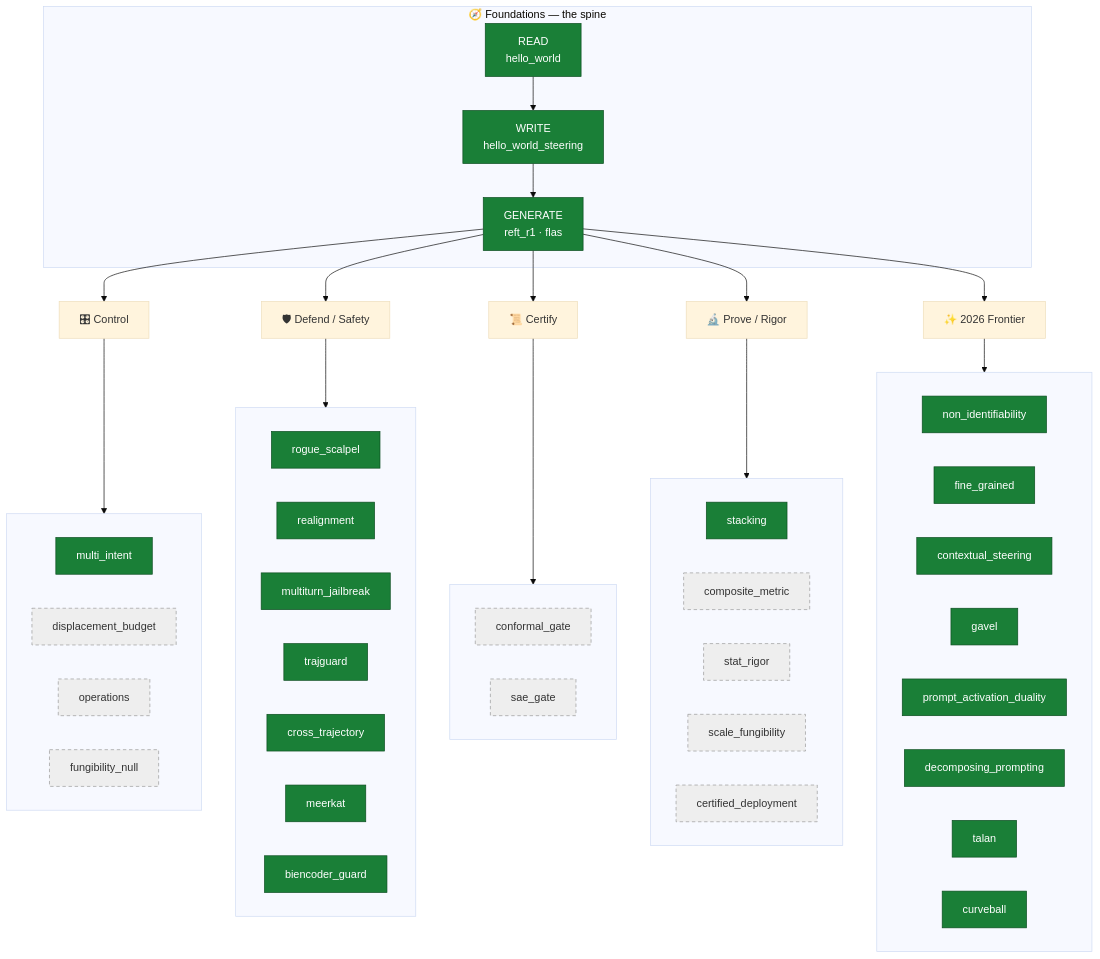
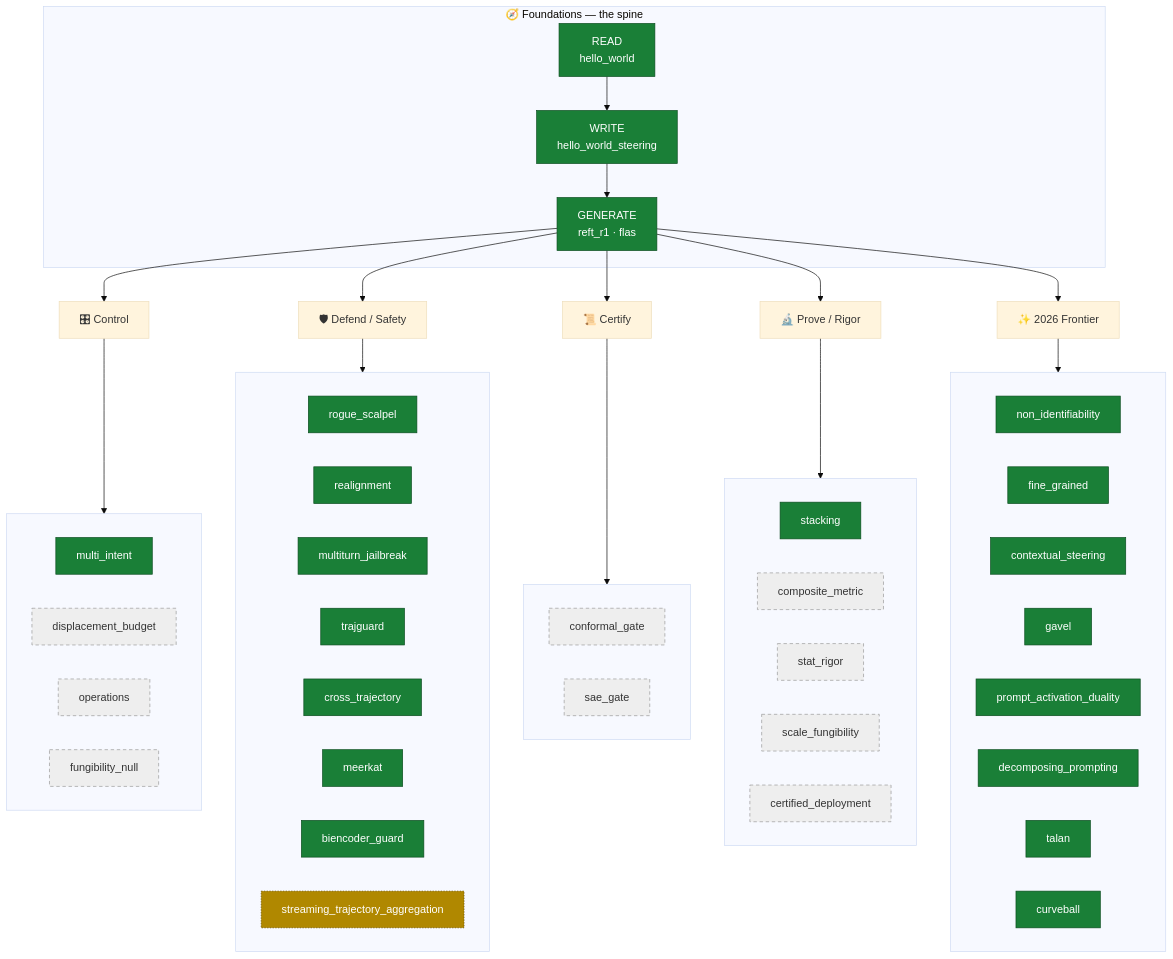
One commit to dlmastery/steeringresearch changed the first of 2 diagrams in steering_tutorials/README.md. Above: the diagram before and after it, drawn with Mermaid (base theme). The commit also changed other lines of this file, not shown here.

First line of the commit message:
tutorials: refresh the course map -- all links verified, new lessons added, retractions honoured

```diff
--- a/steering_tutorials/README.md
+++ b/steering_tutorials/README.md
@@ -57,6 +58,7 @@
         D5["cross_trajectory"]:::built
         D6["meerkat"]:::built
         D7["biencoder_guard"]:::built
+        D8["streaming_trajectory_aggregation"]:::wip
     end
     DEF --> DEF_S
 
@@ -89,6 +91,7 @@
 
     classDef built fill:#1a7f37,stroke:#0b4d1f,color:#fff;
     classDef plan fill:#eee,stroke:#999,color:#333,stroke-dasharray:5 4;
+    classDef wip fill:#b08800,stroke:#6b5200,color:#fff,stroke-dasharray:2 2;
 
     click R "hello_world/README.md"
     click W "hello_world_steering/README.md"
@@ -101,6 +104,7 @@
     click D5 "cross_trajectory/README.md"
     click D6 "meerkat/README.md"
     click D7 "biencoder_guard/README.md"
+    click D8 "streaming_trajectory_aggregation/CITATIONS_VERIFIED.md"
     click P1 "stacking/README.md"
     click F1 "non_identifiability/README.md"
     click F2 "fine_grained/README.md"
```
